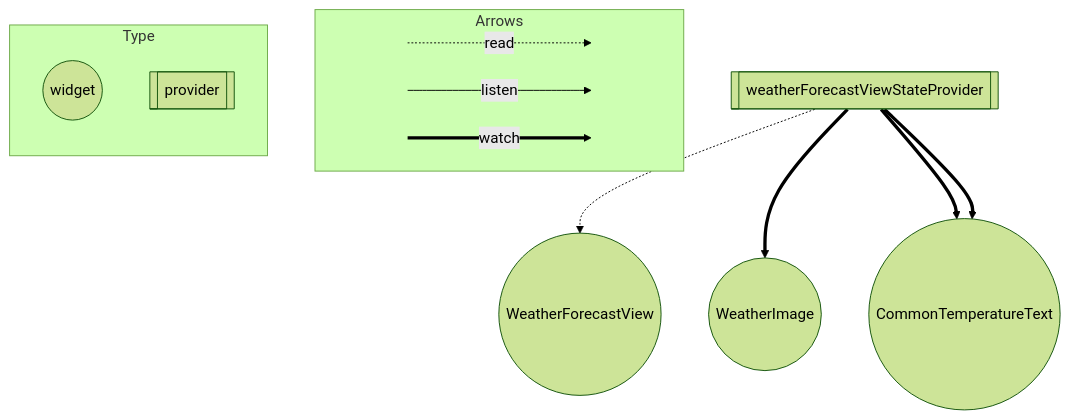
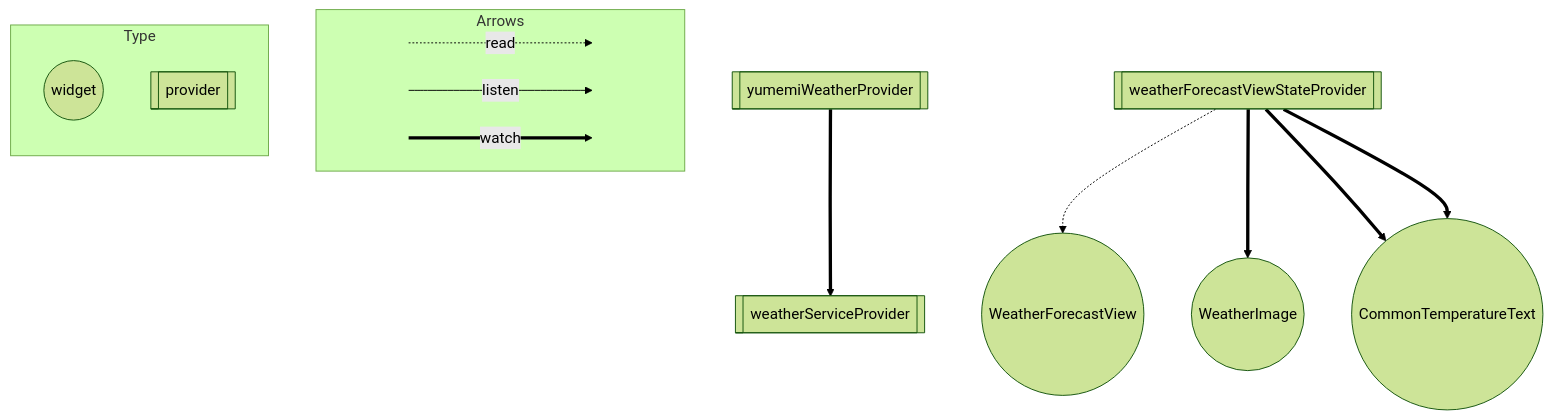
The second of 2 diagrams in ARCHITECTURE.md (KaitoKudou/flutter_training-kudo), drawn with Mermaid (forest theme) before and after one commit. The commit also changed other lines of this file, not shown here.

Commit message:
[fix]アーキテクチャの説明、依存関係図を修正

````diff
--- a/ARCHITECTURE.md
+++ b/ARCHITECTURE.md
@@ -13,30 +24,33 @@
 ```mermaid
 flowchart TB
   subgraph Arrows
     direction LR
     start1[ ] -..->|read| stop1[ ]
     style start1 height:0px;
     style stop1 height:0px;
     start2[ ] --->|listen| stop2[ ]
     style start2 height:0px;
     style stop2 height:0px;
     start3[ ] ===>|watch| stop3[ ]
     style start3 height:0px;
     style stop3 height:0px;
   end
   subgraph Type
     direction TB
     ConsumerWidget((widget));
     Provider[[provider]];
   end
 
+  weatherServiceProvider[["weatherServiceProvider"]];
+  yumemiWeatherProvider[["yumemiWeatherProvider"]];
   weatherForecastViewStateProvider[["weatherForecastViewStateProvider"]];
   WeatherForecastView((WeatherForecastView));
   WeatherImage((WeatherImage));
   CommonTemperatureText((CommonTemperatureText));
 
   weatherForecastViewStateProvider -.-> WeatherForecastView;
   weatherForecastViewStateProvider ==> WeatherImage;
   weatherForecastViewStateProvider ==> CommonTemperatureText;
   weatherForecastViewStateProvider ==> CommonTemperatureText;
+  yumemiWeatherProvider ==> weatherServiceProvider;
 ```
````
